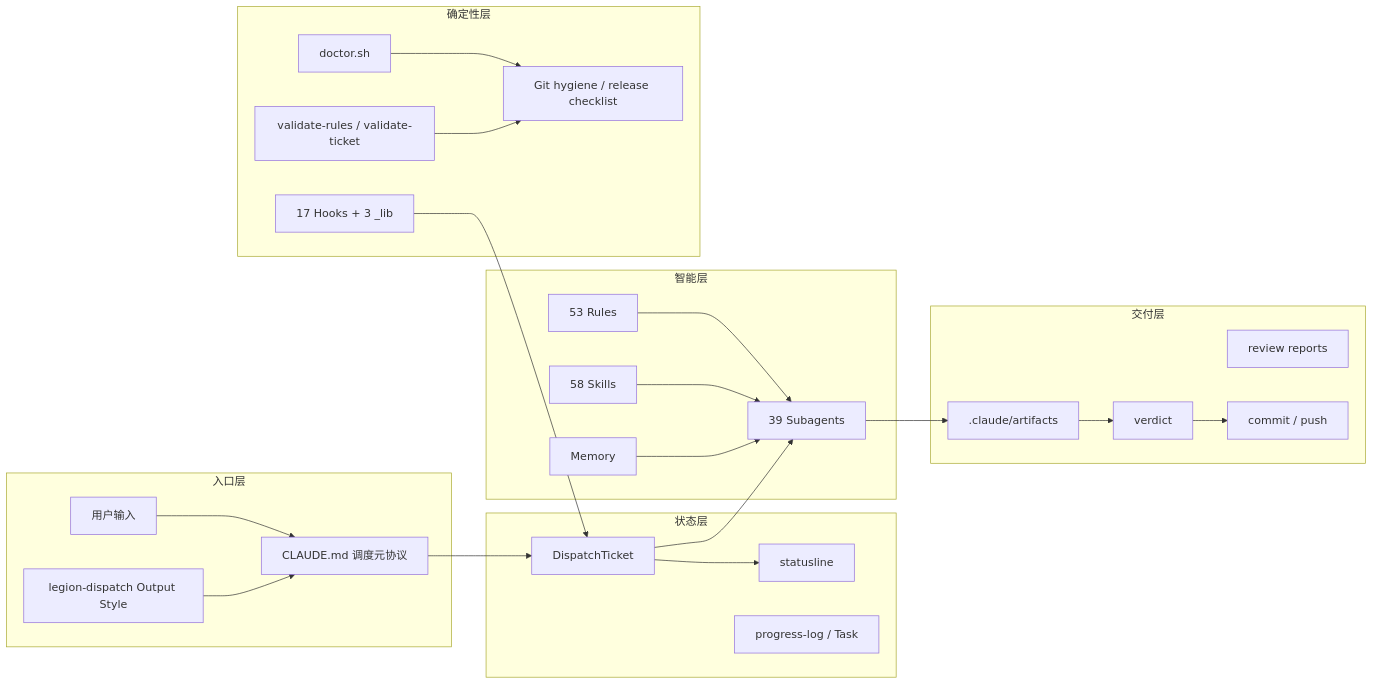
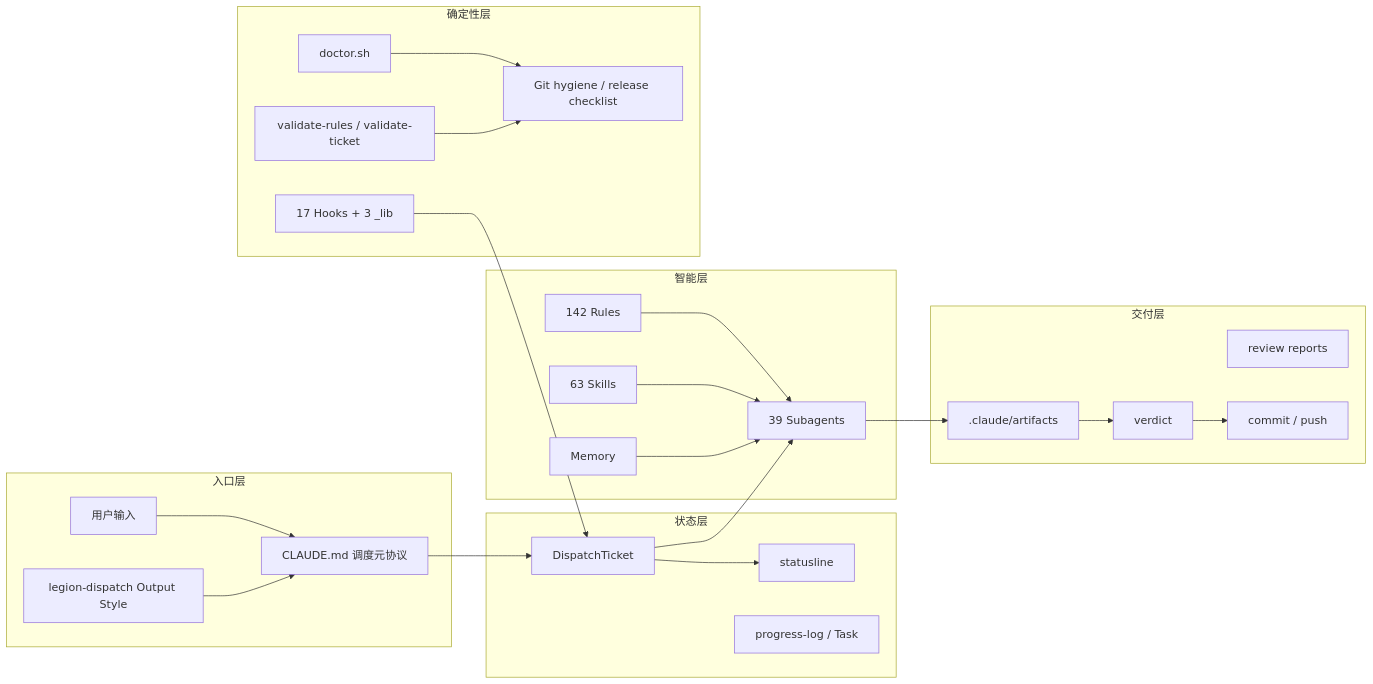
The second of 7 diagrams in README.md (Xuuuuu04/best-claude-code), drawn with Mermaid before and after one commit. The commit also changed other lines of this file and 25 other files, not shown here.

````diff
--- a/README.md
+++ b/README.md
@@ -162,46 +162,46 @@
 ```mermaid
 flowchart LR
     subgraph L0[入口层]
       USER[用户输入]
       CLAUDE[CLAUDE.md 调度元协议]
       STYLE[legion-dispatch Output Style]
     end
 
     subgraph L1[状态层]
       TICKET[DispatchTicket]
       STATUS[statusline]
       LOG[progress-log / Task]
     end
 
     subgraph L2[智能层]
       AGENTS[39 Subagents]
-      SKILLS[58 Skills]
-      RULES[53 Rules]
+      SKILLS[63 Skills]
+      RULES[142 Rules]
       MEMORY[Memory]
     end
 
     subgraph L3[确定性层]
       HOOKS[17 Hooks + 3 _lib]
       DOCTOR[doctor.sh]
       VALIDATE[validate-rules / validate-ticket]
       GIT[Git hygiene / release checklist]
     end
 
     subgraph L4[交付层]
       ARTIFACTS[.claude/artifacts]
       REVIEW[review reports]
       VERDICT[verdict]
       PUSH[commit / push]
     end
 
     USER --> CLAUDE --> TICKET --> AGENTS --> ARTIFACTS --> VERDICT
     STYLE --> CLAUDE
     RULES --> AGENTS
     SKILLS --> AGENTS
     MEMORY --> AGENTS
     HOOKS --> TICKET
     TICKET --> STATUS
     DOCTOR --> GIT
     VALIDATE --> GIT
     VERDICT --> PUSH
 ```
````
